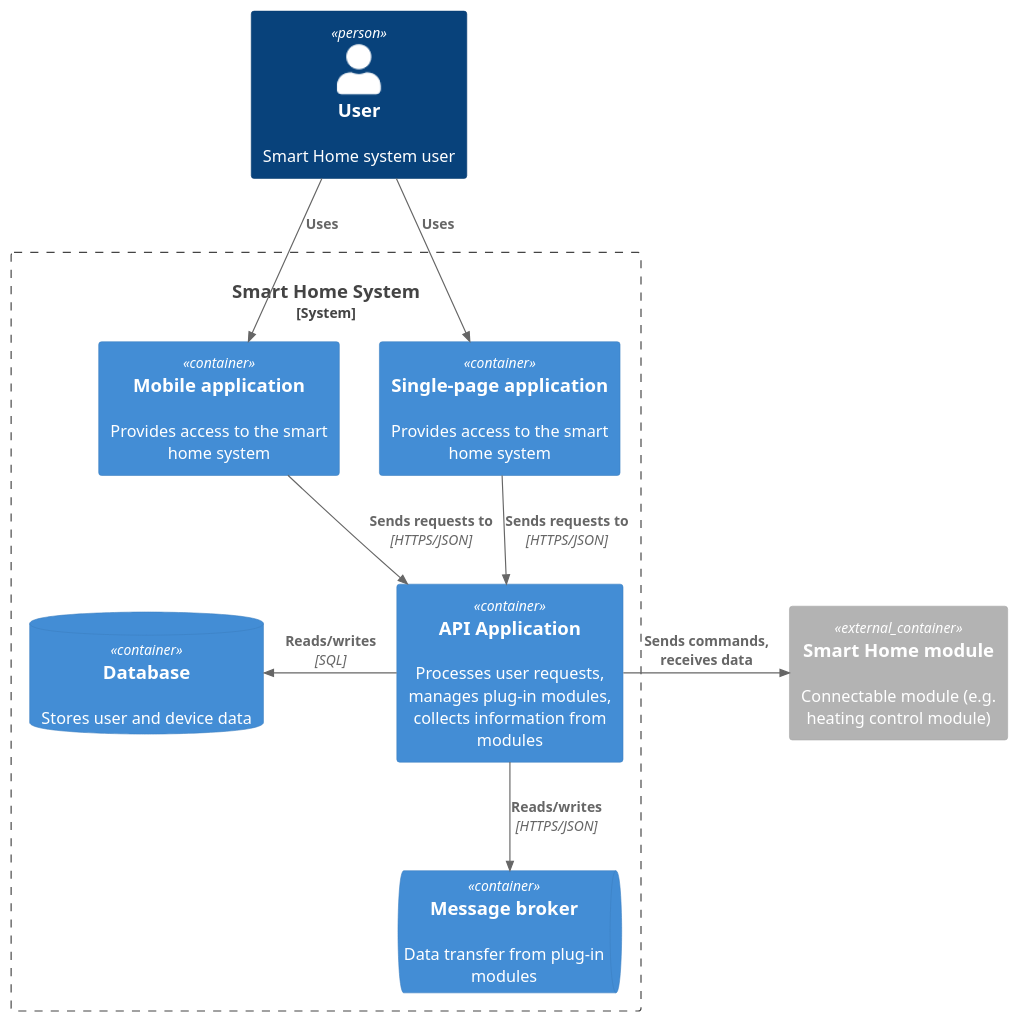
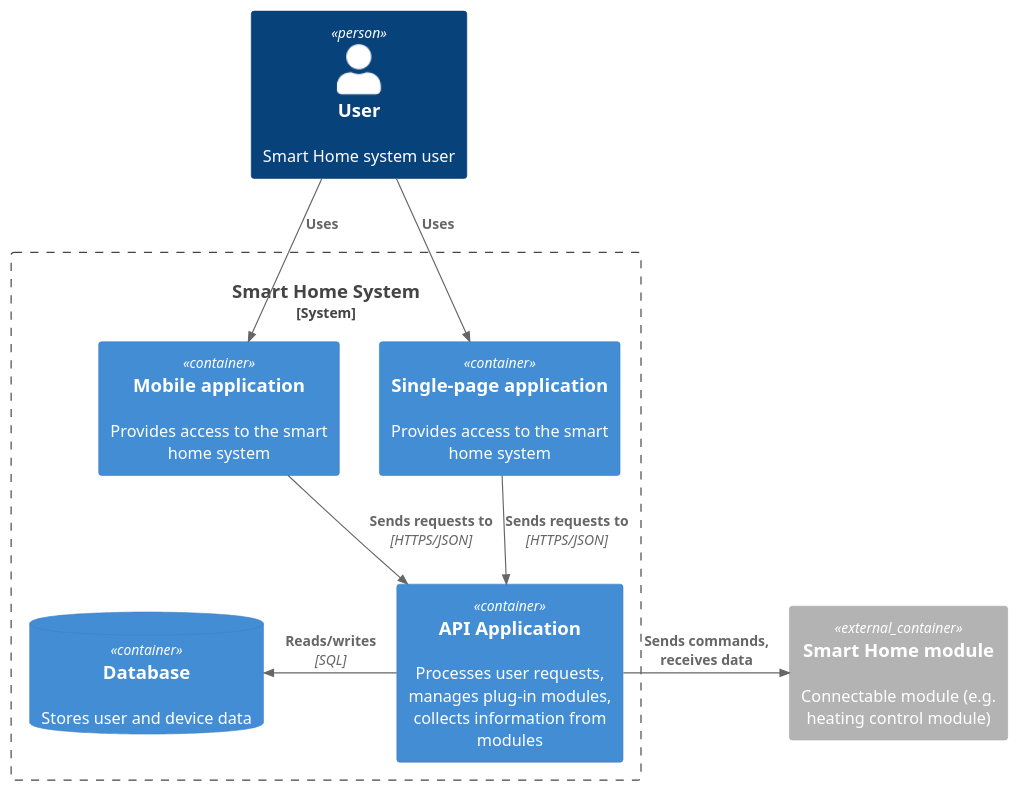
Before and after one commit to Madm1key/architecture-warmhouse: the diagram in diagram/container/SmartHome_Container.puml, drawn with PlantUML. The commit also changed 4 other files, not shown here.

Commit message:
doc: обновлены диаграммы компонентов и сервисов для улучшения структуры и взаимодействия

```diff
--- a/diagram/container/SmartHome_Container.puml
+++ b/diagram/container/SmartHome_Container.puml
@@ -1,26 +1,24 @@
 @startuml
 !include https://raw.githubusercontent.com/plantuml-stdlib/C4-PlantUML/master/C4_Container.puml
 
 Person(user, "User", "Smart Home system user")
 
 System_Boundary(s, "Smart Home System") {
   Container(mobileApp, "Mobile application", $descr="Provides access to the smart home system")
   Container(spa, "Single-page application", $descr="Provides access to the smart home system")
   Container(api, "API Application", $descr="Processes user requests, manages plug-in modules, collects information from modules")
 
   ContainerDb(db, "Database", $descr="Stores user and device data")
-  ContainerQueue(broker, "Message broker", $descr="Data transfer from plug-in modules")
 }
 
 Container_Ext(module, "Smart Home module", $descr="Connectable module (e.g. heating control module)")
 
 Rel(user, mobileApp, "Uses")
 Rel(user, spa, "Uses")
 
 Rel(mobileApp, api, "Sends requests to", "HTTPS/JSON")
 Rel(spa, api, "Sends requests to", "HTTPS/JSON")
 
 Rel_L(api, db, "Reads/writes", "SQL")
-Rel_D(api, broker, "Reads/writes", "HTTPS/JSON")
 Rel_R(api, module, "Sends commands, receives data")
 @enduml
```
